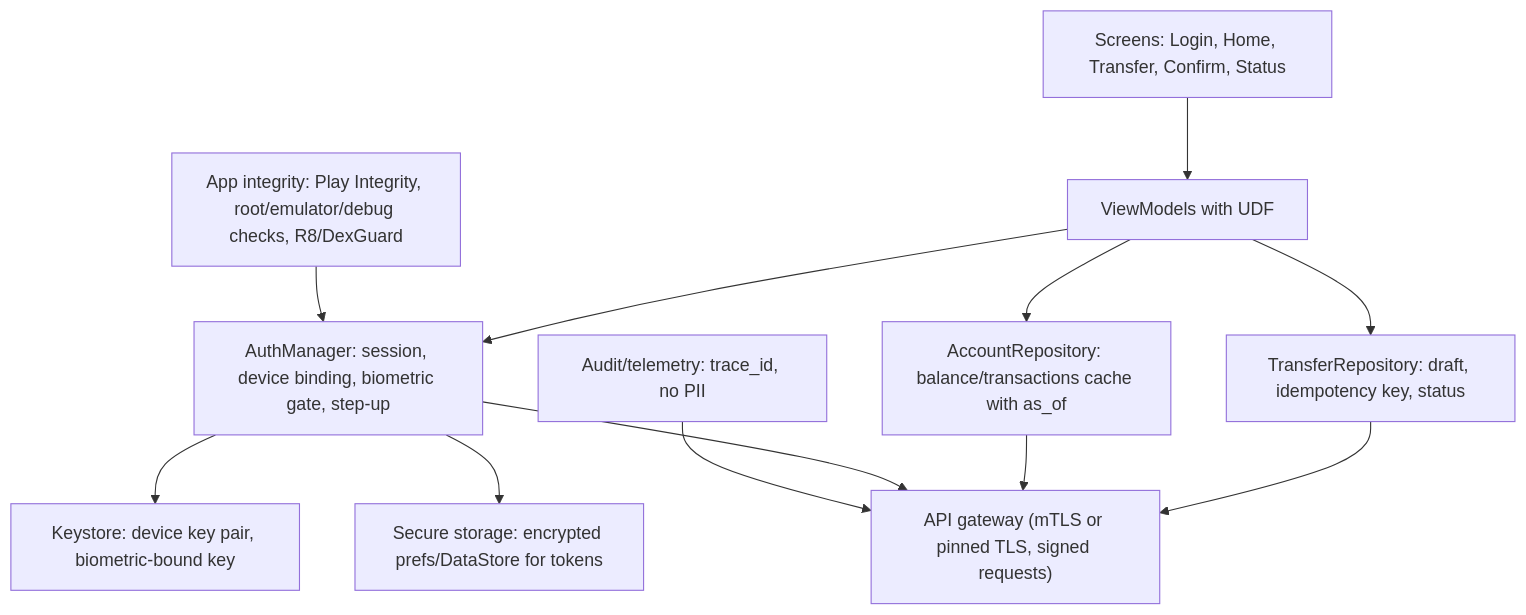
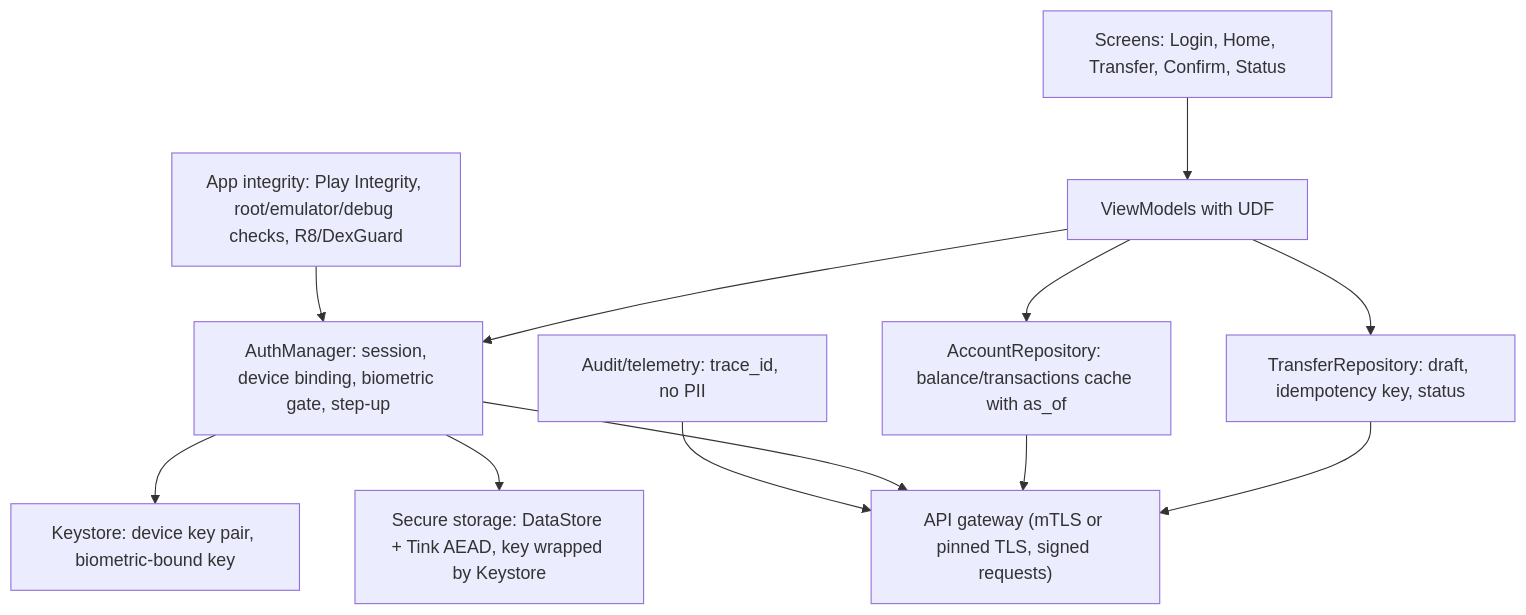
Diagram 13 of 18 in 06-Mobile-System-Design.md (ltthuc1989/learning-roadmap), drawn with Mermaid before and after one commit. The commit also changed other lines of this file and 24 other files, not shown here.

````diff
--- a/06-Mobile-System-Design.md
+++ b/06-Mobile-System-Design.md
@@ -1717,14 +1739,14 @@
 ```mermaid
 flowchart TB
     UI["Screens: Login, Home, Transfer, Confirm, Status"] --> VM["ViewModels with UDF"]
     VM --> AUTH["AuthManager: session, device binding, biometric gate, step-up"]
     VM --> TX["TransferRepository: draft, idempotency key, status"]
     VM --> ACC["AccountRepository: balance/transactions cache with as_of"]
     AUTH --> KS["Keystore: device key pair, biometric-bound key"]
-    AUTH --> SEC["Secure storage: encrypted prefs/DataStore for tokens"]
+    AUTH --> SEC["Secure storage: DataStore + Tink AEAD, key wrapped by Keystore"]
     TX --> API["API gateway (mTLS or pinned TLS, signed requests)"]
     ACC --> API
     AUTH --> API
     APP["App integrity: Play Integrity, root/emulator/debug checks, R8/DexGuard"] --> AUTH
     OBS["Audit/telemetry: trace_id, no PII"] --> API
 ```
````
